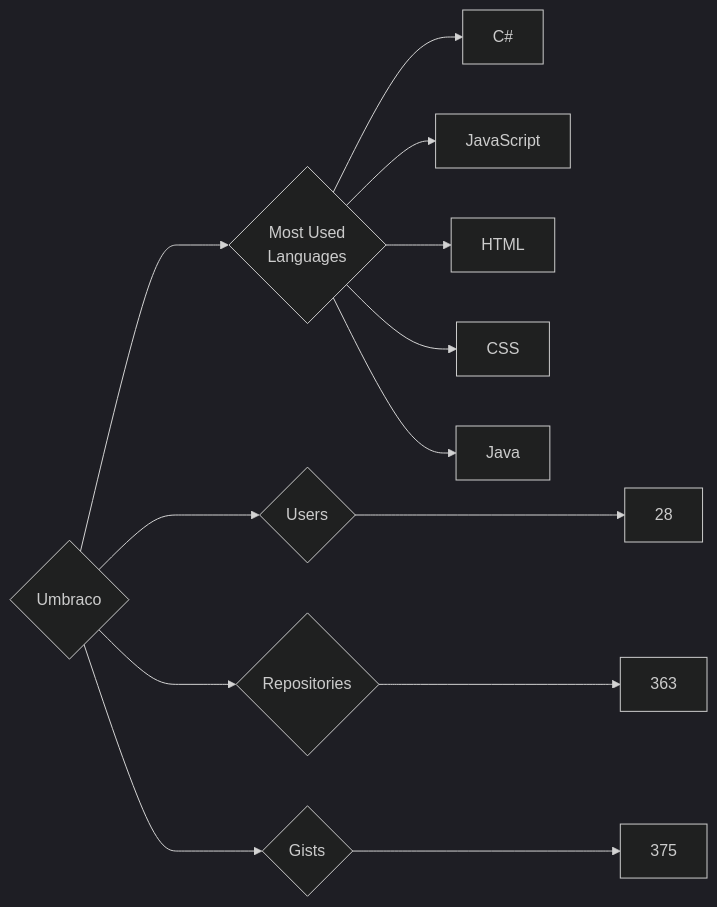
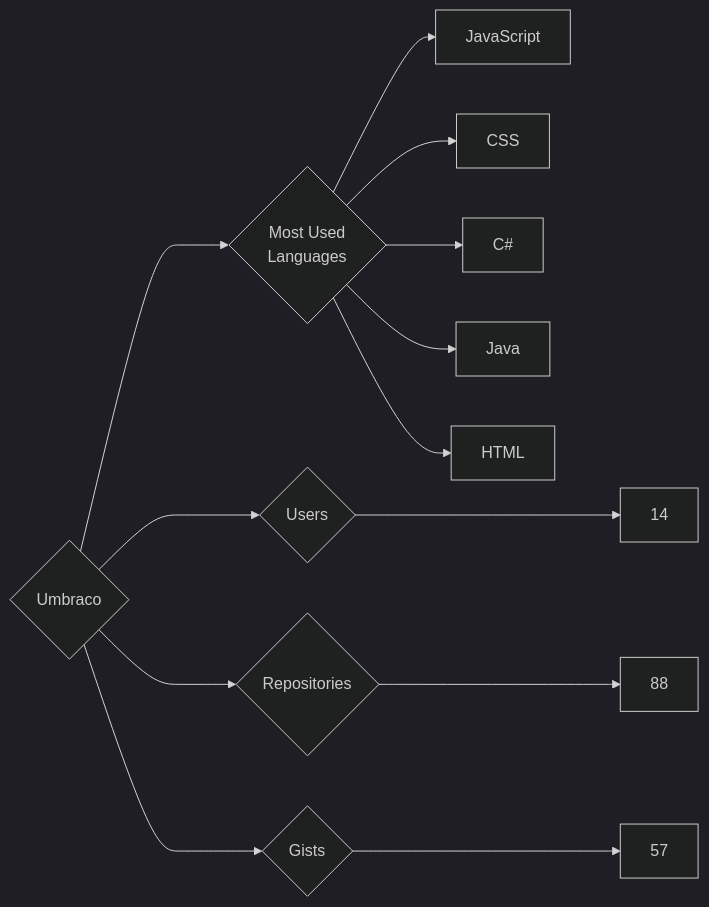
One commit to trickest/insiders changed the diagram in targets/Umbraco/README.md. Above: the diagram before and after it, drawn with Mermaid (dark theme). The commit also changed 597 other files, not shown here.

````diff
--- a/targets/Umbraco/README.md
+++ b/targets/Umbraco/README.md
@@ -3,13 +3,13 @@
 ```mermaid
 graph LR
 COMPANY_NAME{Umbraco}
-COMPANY_NAME ---> U{Users} ---> UN[28]
-COMPANY_NAME ---> R{Repositories} ---> RN[363]
-COMPANY_NAME ---> G{Gists} ---> GN[375]
+COMPANY_NAME ---> U{Users} ---> UN[14]
+COMPANY_NAME ---> R{Repositories} ---> RN[88]
+COMPANY_NAME ---> G{Gists} ---> GN[57]
 COMPANY_NAME ---> ML{Most Used<br>Languages}
+ML --> JavaScript[JavaScript]
+ML --> CSS[CSS]
 ML --> C#[C#]
-ML --> JavaScript[JavaScript]
+ML --> Java[Java]
 ML --> HTML[HTML]
-ML --> CSS[CSS]
-ML --> Java[Java]
 ```
````
